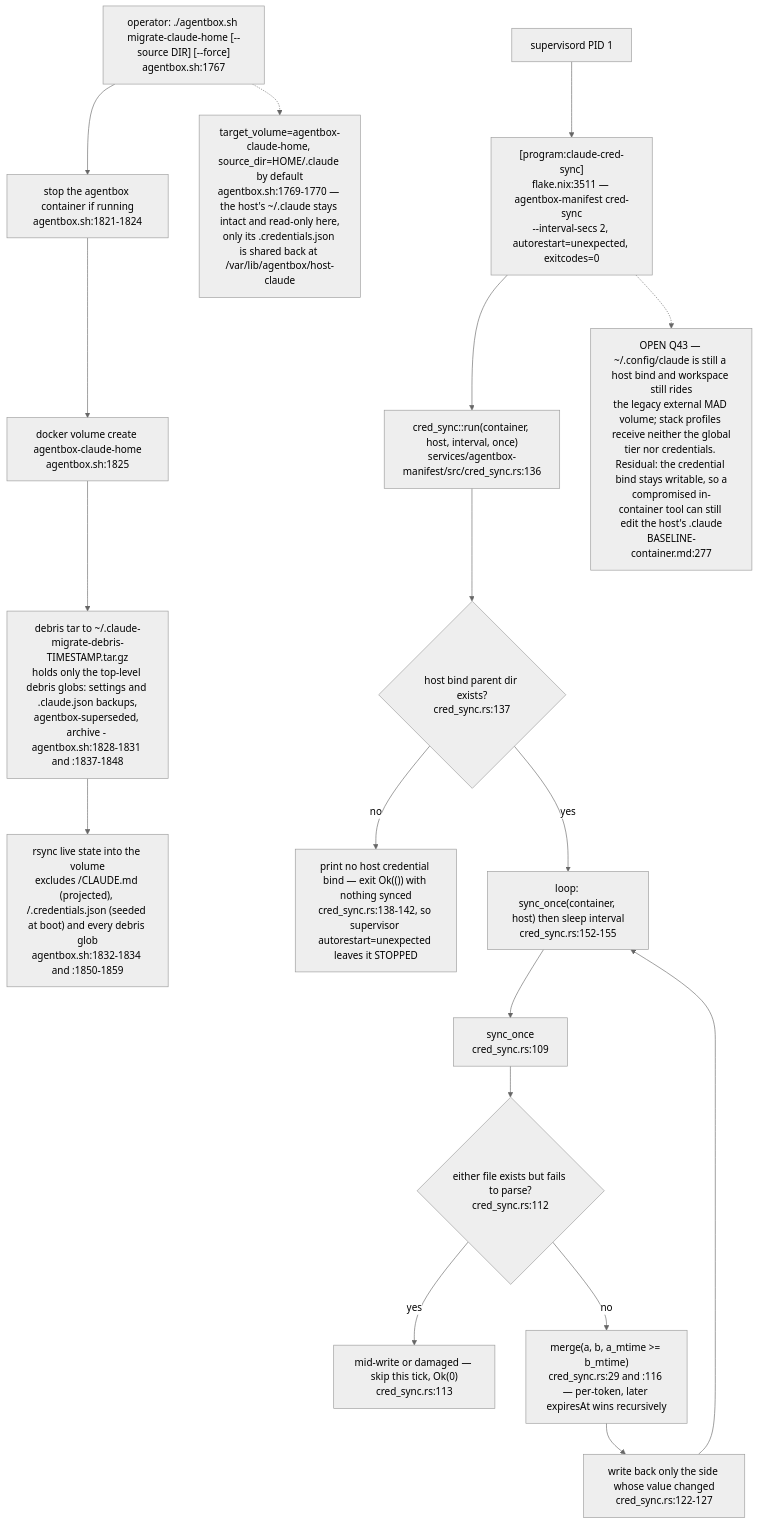
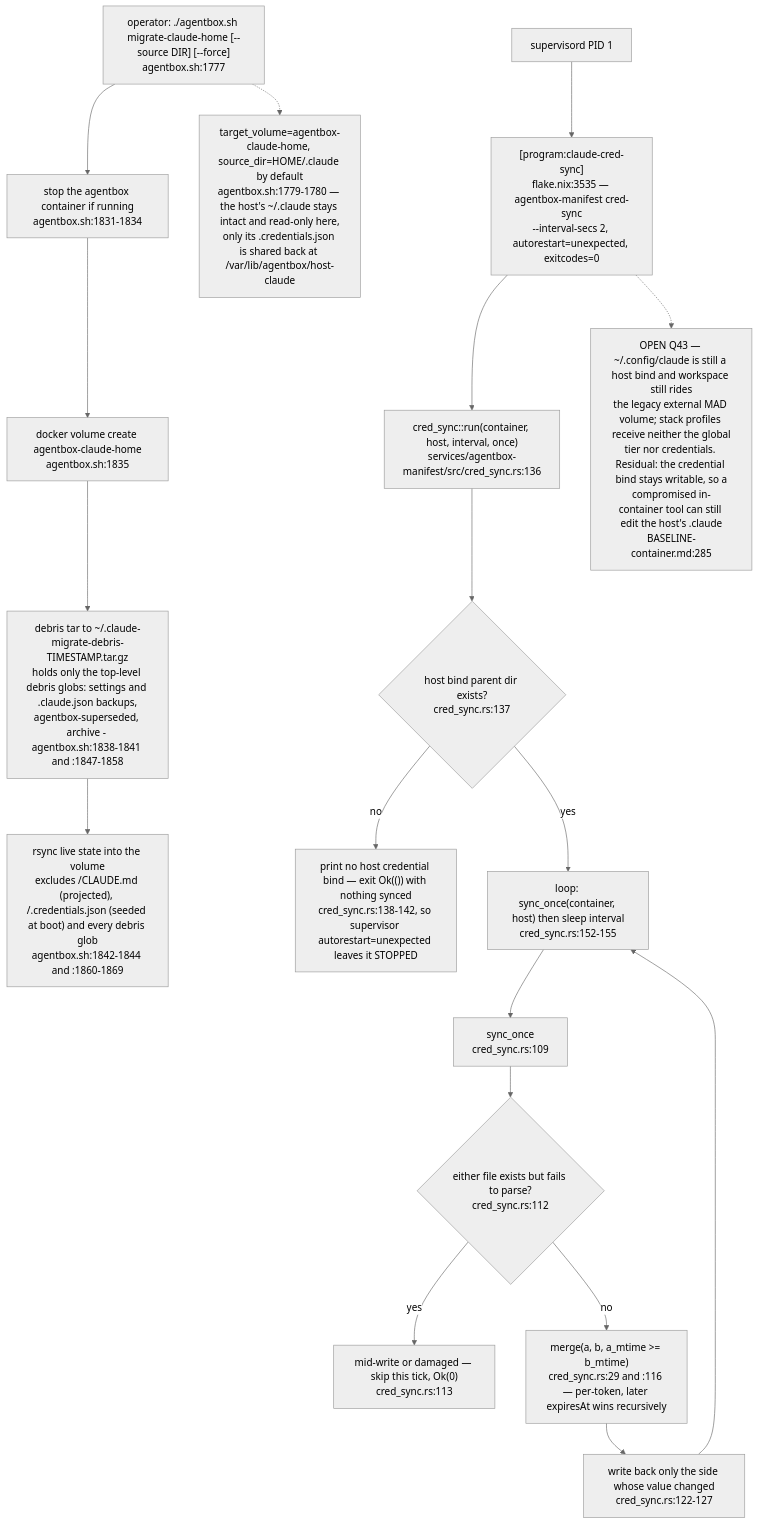
One commit to DreamLab-AI/VisionFlow changed diagram 11 of 11 in docs/diagrams/agentbox/07-daemons-reapers-cron-backups.md. Above: the diagram before and after it, drawn with Mermaid (neutral theme). The commit also changed other lines of this file, not shown here.

First line of the commit message:
diagrams(agentbox): re-verify AB-07 at agentbox 59b1aca

````diff
--- a/docs/diagrams/agentbox/07-daemons-reapers-cron-backups.md
+++ b/docs/diagrams/agentbox/07-daemons-reapers-cron-backups.md
@@ -427,22 +427,22 @@
 ```mermaid
 flowchart TD
-    MIG["operator: ./agentbox.sh migrate-claude-home [--source DIR] [--force]<br/>agentbox.sh:1767"] --> STOP["stop the agentbox container if running<br/>agentbox.sh:1821-1824"]
-    STOP --> VOL["docker volume create agentbox-claude-home<br/>agentbox.sh:1825"]
-    VOL --> DEB["debris tar to ~/.claude-migrate-debris-TIMESTAMP.tar.gz<br/>holds only the top-level debris globs: settings and .claude.json backups,<br/>agentbox-superseded, archive - agentbox.sh:1828-1831 and :1837-1848"]
-    DEB --> RSYNC["rsync live state into the volume<br/>excludes /CLAUDE.md (projected), /.credentials.json (seeded at boot) and every debris glob<br/>agentbox.sh:1832-1834 and :1850-1859"]
+    MIG["operator: ./agentbox.sh migrate-claude-home [--source DIR] [--force]<br/>agentbox.sh:1777"] --> STOP["stop the agentbox container if running<br/>agentbox.sh:1831-1834"]
+    STOP --> VOL["docker volume create agentbox-claude-home<br/>agentbox.sh:1835"]
+    VOL --> DEB["debris tar to ~/.claude-migrate-debris-TIMESTAMP.tar.gz<br/>holds only the top-level debris globs: settings and .claude.json backups,<br/>agentbox-superseded, archive - agentbox.sh:1838-1841 and :1847-1858"]
+    DEB --> RSYNC["rsync live state into the volume<br/>excludes /CLAUDE.md (projected), /.credentials.json (seeded at boot) and every debris glob<br/>agentbox.sh:1842-1844 and :1860-1869"]
 
-    SUP["supervisord PID 1"] --> CS["[program:claude-cred-sync]<br/>flake.nix:3511 — agentbox-manifest cred-sync<br/>--interval-secs 2, autorestart=unexpected, exitcodes=0"]
+    SUP["supervisord PID 1"] --> CS["[program:claude-cred-sync]<br/>flake.nix:3535 — agentbox-manifest cred-sync<br/>--interval-secs 2, autorestart=unexpected, exitcodes=0"]
     CS --> RUN["cred_sync::run(container, host, interval, once)<br/>services/agentbox-manifest/src/cred_sync.rs:136"]
     RUN --> GATE{"host bind parent dir exists?<br/>cred_sync.rs:137"}
     GATE -->|no| EXIT0["print no host credential bind — exit Ok(()) with nothing synced<br/>cred_sync.rs:138-142, so supervisor autorestart=unexpected leaves it STOPPED"]
     GATE -->|yes| LOOP["loop: sync_once(container, host) then sleep interval<br/>cred_sync.rs:152-155"]
     LOOP --> SO["sync_once<br/>cred_sync.rs:109"]
     SO --> TORN{"either file exists but fails to parse?<br/>cred_sync.rs:112"}
     TORN -->|yes| WAIT["mid-write or damaged — skip this tick, Ok(0)<br/>cred_sync.rs:113"]
     TORN -->|no| MERGE["merge(a, b, a_mtime >= b_mtime)<br/>cred_sync.rs:29 and :116 — per-token, later expiresAt wins recursively"]
     MERGE --> WRITE["write back only the side whose value changed<br/>cred_sync.rs:122-127"]
     WRITE --> LOOP
 
-    MIG -.-> NOTE1["target_volume=agentbox-claude-home, source_dir=HOME/.claude by default<br/>agentbox.sh:1769-1770 — the host's ~/.claude stays intact and read-only here,<br/>only its .credentials.json is shared back at /var/lib/agentbox/host-claude"]
-    CS -.-> Q43["OPEN Q43 — ~/.config/claude is still a host bind and workspace still rides<br/>the legacy external MAD volume; stack profiles receive neither the global<br/>tier nor credentials. Residual: the credential bind stays writable, so a<br/>compromised in-container tool can still edit the host's .claude<br/>BASELINE-container.md:277"]
+    MIG -.-> NOTE1["target_volume=agentbox-claude-home, source_dir=HOME/.claude by default<br/>agentbox.sh:1779-1780 — the host's ~/.claude stays intact and read-only here,<br/>only its .credentials.json is shared back at /var/lib/agentbox/host-claude"]
+    CS -.-> Q43["OPEN Q43 — ~/.config/claude is still a host bind and workspace still rides<br/>the legacy external MAD volume; stack profiles receive neither the global<br/>tier nor credentials. Residual: the credential bind stays writable, so a<br/>compromised in-container tool can still edit the host's .claude<br/>BASELINE-container.md:285"]
 ```
````
